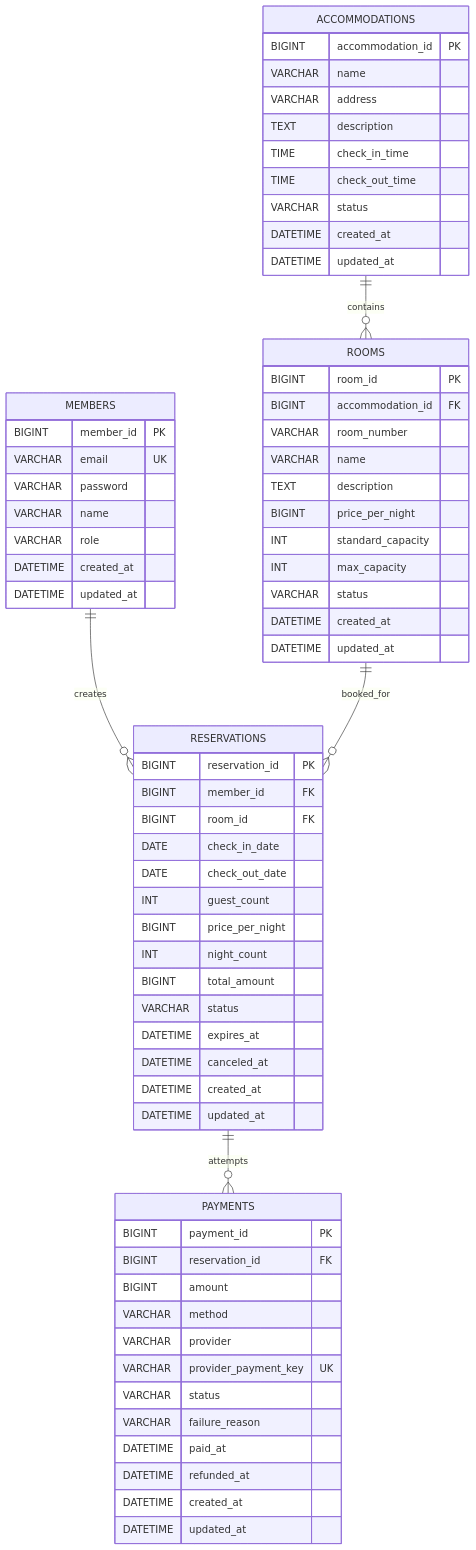
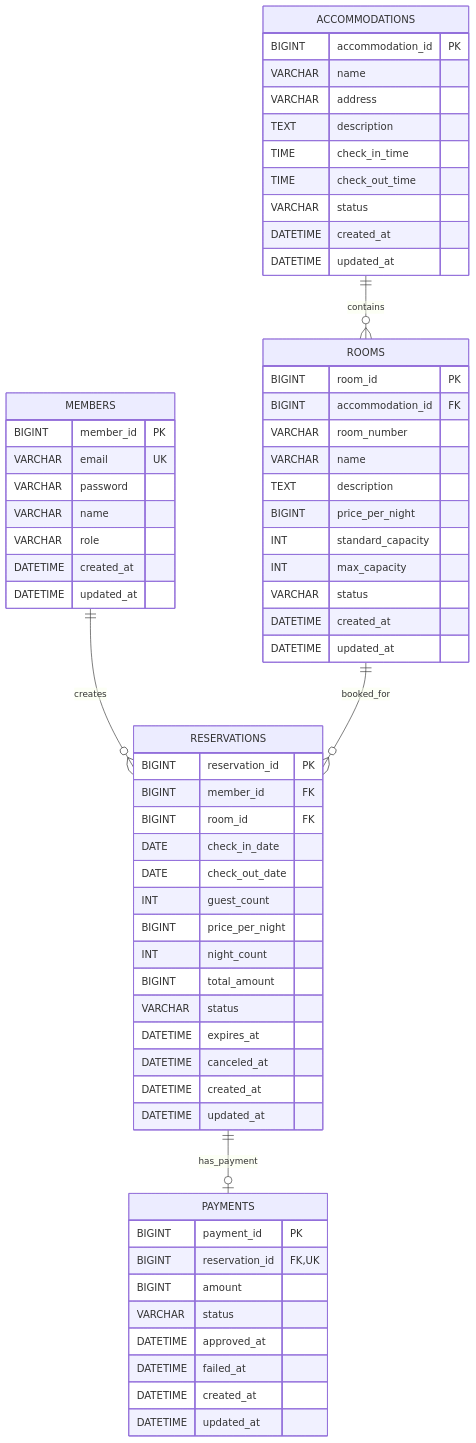
One commit to oHAHOo/roompick changed the diagram in docs/ERD.md. Above: the diagram before and after it, drawn with Mermaid. The commit also changed other lines of this file and 3 other files, not shown here.

````diff
--- a/docs/ERD.md
+++ b/docs/ERD.md
@@ -27,75 +27,71 @@
 ```mermaid
 erDiagram
     MEMBERS ||--o{ RESERVATIONS : creates
     ACCOMMODATIONS ||--o{ ROOMS : contains
     ROOMS ||--o{ RESERVATIONS : booked_for
-    RESERVATIONS ||--o{ PAYMENTS : attempts
+    RESERVATIONS ||--o| PAYMENTS : has_payment
 
     MEMBERS {
         BIGINT member_id PK
         VARCHAR email UK
         VARCHAR password
         VARCHAR name
         VARCHAR role
         DATETIME created_at
         DATETIME updated_at
     }
 
     ACCOMMODATIONS {
         BIGINT accommodation_id PK
         VARCHAR name
         VARCHAR address
         TEXT description
         TIME check_in_time
         TIME check_out_time
         VARCHAR status
         DATETIME created_at
         DATETIME updated_at
     }
 
     ROOMS {
         BIGINT room_id PK
         BIGINT accommodation_id FK
         VARCHAR room_number
         VARCHAR name
         TEXT description
         BIGINT price_per_night
         INT standard_capacity
         INT max_capacity
         VARCHAR status
         DATETIME created_at
         DATETIME updated_at
     }
 
     RESERVATIONS {
         BIGINT reservation_id PK
         BIGINT member_id FK
         BIGINT room_id FK
         DATE check_in_date
         DATE check_out_date
         INT guest_count
         BIGINT price_per_night
         INT night_count
         BIGINT total_amount
         VARCHAR status
         DATETIME expires_at
         DATETIME canceled_at
         DATETIME created_at
         DATETIME updated_at
     }
 
     PAYMENTS {
         BIGINT payment_id PK
-        BIGINT reservation_id FK
+        BIGINT reservation_id FK, UK
         BIGINT amount
-        VARCHAR method
-        VARCHAR provider
-        VARCHAR provider_payment_key UK
         VARCHAR status
-        VARCHAR failure_reason
-        DATETIME paid_at
-        DATETIME refunded_at
+        DATETIME approved_at
+        DATETIME failed_at
         DATETIME created_at
         DATETIME updated_at
     }
 ```
````
